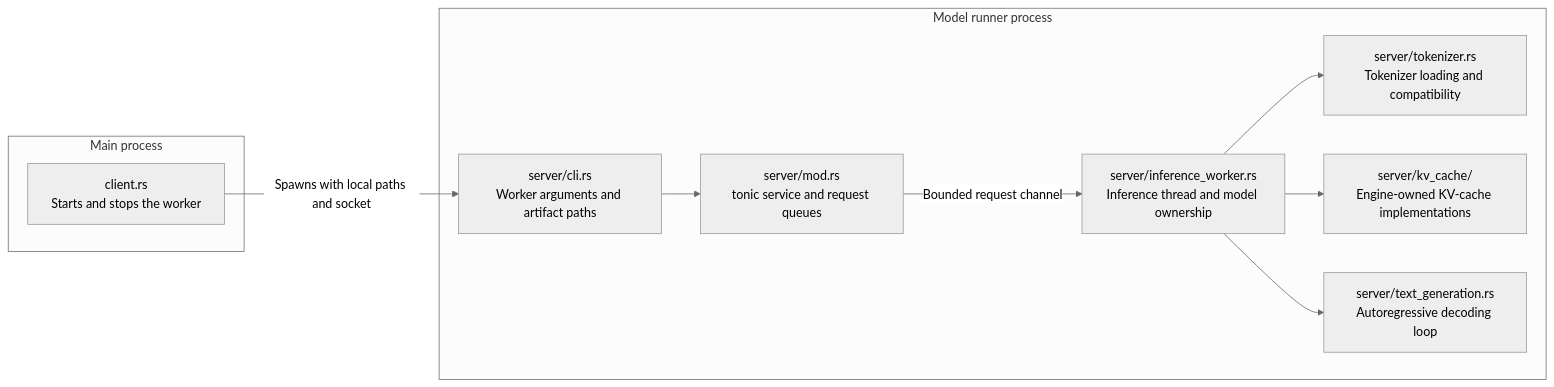
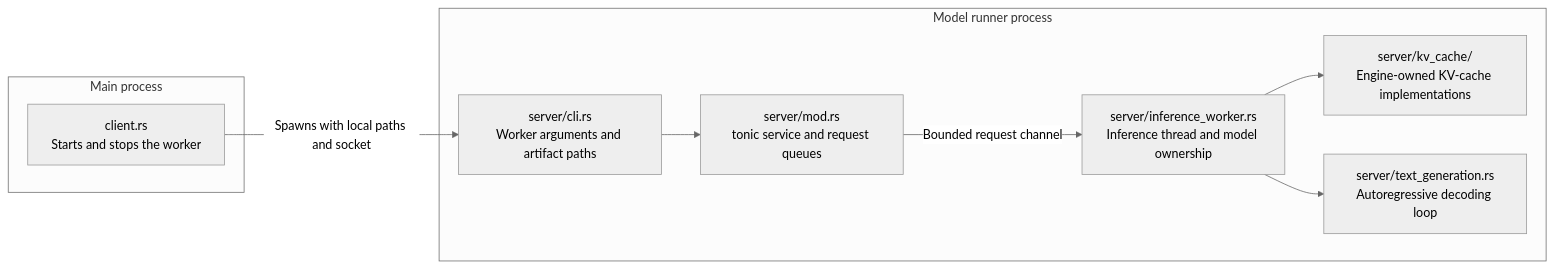
Before and after one commit to lun0522/mini-vllm-rs: the first of 2 diagrams in src/model_runner/README.md, drawn with Mermaid (neutral theme). The commit also changed other lines of this file and 4 other files, not shown here.

````diff
--- a/src/model_runner/README.md
+++ b/src/model_runner/README.md
@@ -6,22 +6,20 @@
 ```mermaid
 flowchart LR
     subgraph Main[Main process]
         Client["client.rs<br/>Starts and stops the worker"]
     end
 
     subgraph Worker[Model runner process]
         Server["server/mod.rs<br/>tonic service and request queues"]
         Cli["server/cli.rs<br/>Worker arguments and artifact paths"]
-        Tokenizer["server/tokenizer.rs<br/>Tokenizer loading and compatibility"]
         KvCache["server/kv_cache/<br/>Engine-owned KV-cache implementations"]
         InferenceWorker["server/inference_worker.rs<br/>Inference thread and model ownership"]
         TextGeneration["server/text_generation.rs<br/>Autoregressive decoding loop"]
     end
 
     Client -->|"Spawns with local paths and socket"| Cli
     Cli --> Server
-    InferenceWorker --> Tokenizer
     InferenceWorker --> KvCache
     Server -->|"Bounded request channel"| InferenceWorker
     InferenceWorker --> TextGeneration
 ```
````
